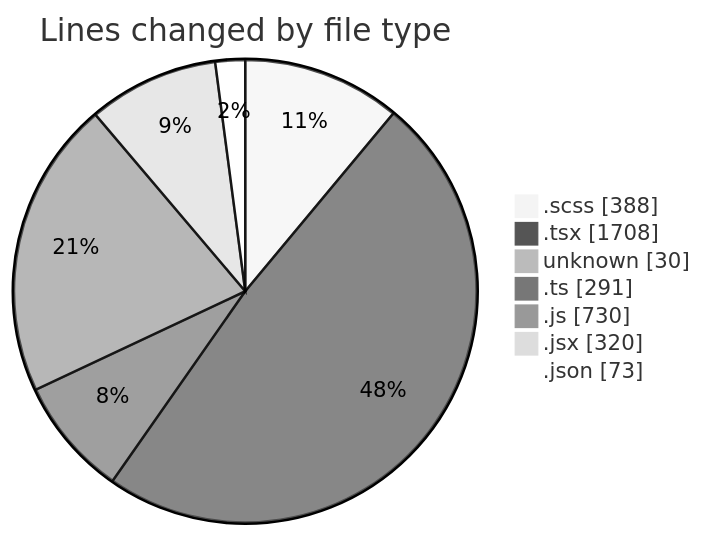
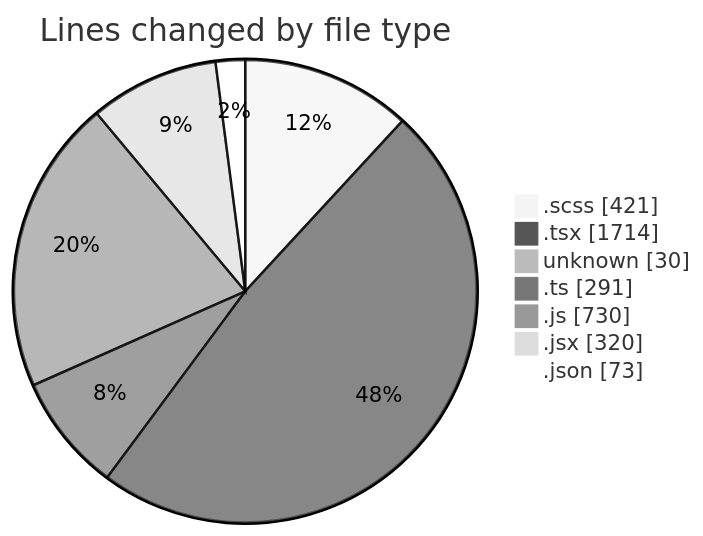
One commit to momahboobian/code-tracking changed the first of 2 diagrams in 2025-03-05/cda/README.md. Above: the diagram before and after it, drawn with Mermaid (neutral theme). The commit also changed other lines of this file and 1 other file, not shown here.

````diff
--- a/2025-03-05/cda/README.md
+++ b/2025-03-05/cda/README.md
@@ -45,11 +45,11 @@
 ```mermaid
 pie showData
 title Lines changed by file type
-".scss" : 388
-".tsx" : 1708
+".scss" : 421
+".tsx" : 1714
 "unknown" : 30
 ".ts" : 291
 ".js" : 730
 ".jsx" : 320
 ".json" : 73
 ```
````
